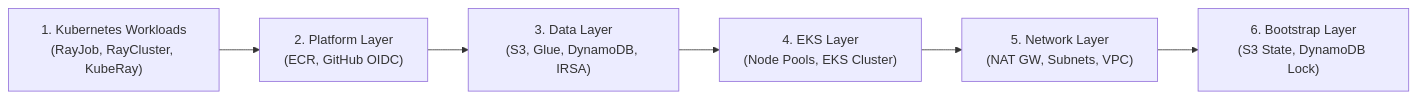
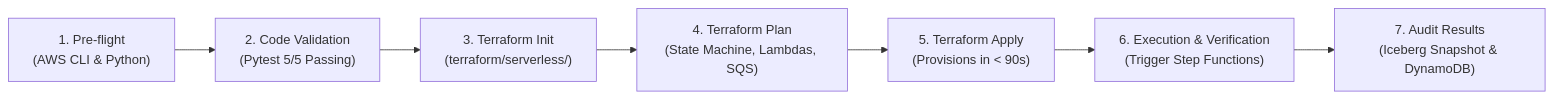
One commit to jashkv/ray-platform changed the diagram in ray-ai-platform/docs/deployment.md. Above: the diagram before and after it, drawn with Mermaid. The commit also changed other lines of this file and 34 other files, not shown here.

Commit message:
docs(serverless): completely align all documentation, diagrams, runbooks, and test configs with the AWS Serverless Platform architecture

````diff
--- a/ray-ai-platform/docs/deployment.md
+++ b/ray-ai-platform/docs/deployment.md
@@ -458,8 +23,9 @@
 ```mermaid
 flowchart LR
-    K8S["1. Kubernetes Workloads\n(RayJob, RayCluster, KubeRay)"] --> P5["2. Platform Layer\n(ECR, GitHub OIDC)"]
-    P5 --> P4["3. Data Layer\n(S3, Glue, DynamoDB, IRSA)"]
-    P4 --> P3["4. EKS Layer\n(Node Pools, EKS Cluster)"]
-    P3 --> P2["5. Network Layer\n(NAT GW, Subnets, VPC)"]
-    P2 --> P1["6. Bootstrap Layer\n(S3 State, DynamoDB Lock)"]
+    P["1. Pre-flight\n(AWS CLI & Python)"] --> PKG["2. Code Validation\n(Pytest 5/5 Passing)"]
+    PKG --> TF_INIT["3. Terraform Init\n(terraform/serverless/)"]
+    TF_INIT --> TF_PLAN["4. Terraform Plan\n(State Machine, Lambdas, SQS)"]
+    TF_PLAN --> TF_APPLY["5. Terraform Apply\n(Provisions in < 90s)"]
+    TF_APPLY --> E2E["6. Execution & Verification\n(Trigger Step Functions)"]
+    E2E --> VERIFY["7. Audit Results\n(Iceberg Snapshot & DynamoDB)"]
 ```
````
